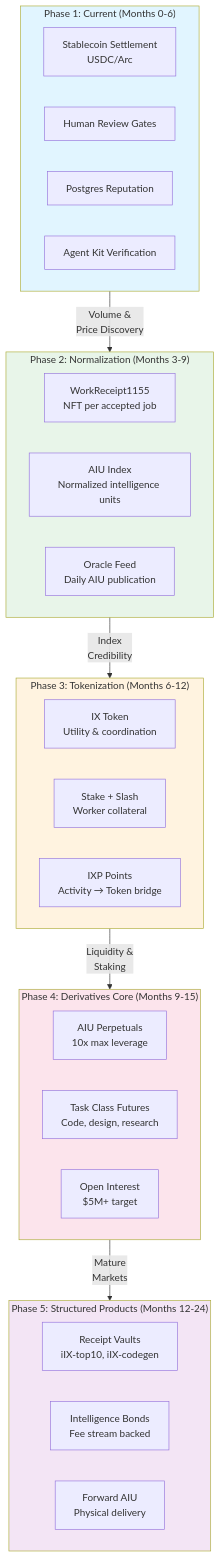
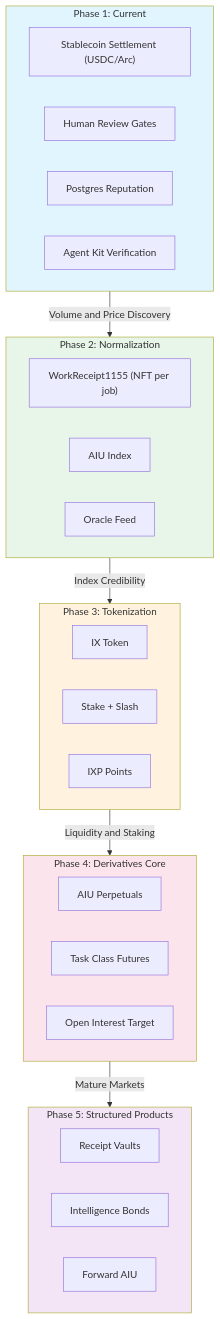
Before and after one commit to chimera-defi/ethglobal-cannes-2026-intelligence-exchange: the first of 4 diagrams in docs/architecture/intelligence-derivatives-evolution.md, drawn with Mermaid. The commit also changed other lines of this file and 4 other files, not shown here.

First line of the commit message:
fix: repair mermaid diagrams for GitHub rendering

````diff
--- a/docs/architecture/intelligence-derivatives-evolution.md
+++ b/docs/architecture/intelligence-derivatives-evolution.md
@@ -7,44 +7,44 @@
 ```mermaid
 flowchart TB
-    subgraph Phase1["Phase 1: Current (Months 0-6)"]
-        P1_Stable["Stablecoin Settlement<br/>USDC/Arc"]
+    subgraph Phase1["Phase 1: Current"]
+        P1_Stable["Stablecoin Settlement (USDC/Arc)"]
         P1_Human["Human Review Gates"]
         P1_Postgres["Postgres Reputation"]
         P1_AgentKit["Agent Kit Verification"]
     end
 
-    subgraph Phase2["Phase 2: Normalization (Months 3-9)"]
-        P2_Receipt["WorkReceipt1155<br/>NFT per accepted job"]
-        P2_AIU["AIU Index<br/>Normalized intelligence units"]
-        P2_Oracle["Oracle Feed<br/>Daily AIU publication"]
+    subgraph Phase2["Phase 2: Normalization"]
+        P2_Receipt["WorkReceipt1155 (NFT per job)"]
+        P2_AIU["AIU Index"]
+        P2_Oracle["Oracle Feed"]
     end
 
-    subgraph Phase3["Phase 3: Tokenization (Months 6-12)"]
-        P3_IX["IX Token<br/>Utility & coordination"]
-        P3_Stake["Stake + Slash<br/>Worker collateral"]
-        P3_Rewards["IXP Points<br/>Activity → Token bridge"]
+    subgraph Phase3["Phase 3: Tokenization"]
+        P3_IX["IX Token"]
+        P3_Stake["Stake + Slash"]
+        P3_Rewards["IXP Points"]
     end
 
-    subgraph Phase4["Phase 4: Derivatives Core (Months 9-15)"]
-        P4_Perp["AIU Perpetuals<br/>10x max leverage"]
-        P4_Futures["Task Class Futures<br/>Code, design, research"]
-        P4_OI["Open Interest<br/>$5M+ target"]
+    subgraph Phase4["Phase 4: Derivatives Core"]
+        P4_Perp["AIU Perpetuals"]
+        P4_Futures["Task Class Futures"]
+        P4_OI["Open Interest Target"]
     end
 
-    subgraph Phase5["Phase 5: Structured Products (Months 12-24)"]
-        P5_Vault["Receipt Vaults<br/>iIX-top10, iIX-codegen"]
-        P5_Bonds["Intelligence Bonds<br/>Fee stream backed"]
-        P5_Forward["Forward AIU<br/>Physical delivery"]
+    subgraph Phase5["Phase 5: Structured Products"]
+        P5_Vault["Receipt Vaults"]
+        P5_Bonds["Intelligence Bonds"]
+        P5_Forward["Forward AIU"]
     end
 
-    Phase1 -->|"Volume &<br/>Price Discovery"| Phase2
-    Phase2 -->|"Index<br/>Credibility"| Phase3
-    Phase3 -->|"Liquidity &<br/>Staking"| Phase4
-    Phase4 -->|"Mature<br/>Markets"| Phase5
+    Phase1 -->|"Volume and Price Discovery"| Phase2
+    Phase2 -->|"Index Credibility"| Phase3
+    Phase3 -->|"Liquidity and Staking"| Phase4
+    Phase4 -->|"Mature Markets"| Phase5
 
     style Phase1 fill:#e1f5ff
     style Phase2 fill:#e8f5e9
     style Phase3 fill:#fff3e0
     style Phase4 fill:#fce4ec
     style Phase5 fill:#f3e5f5
 ```
````
